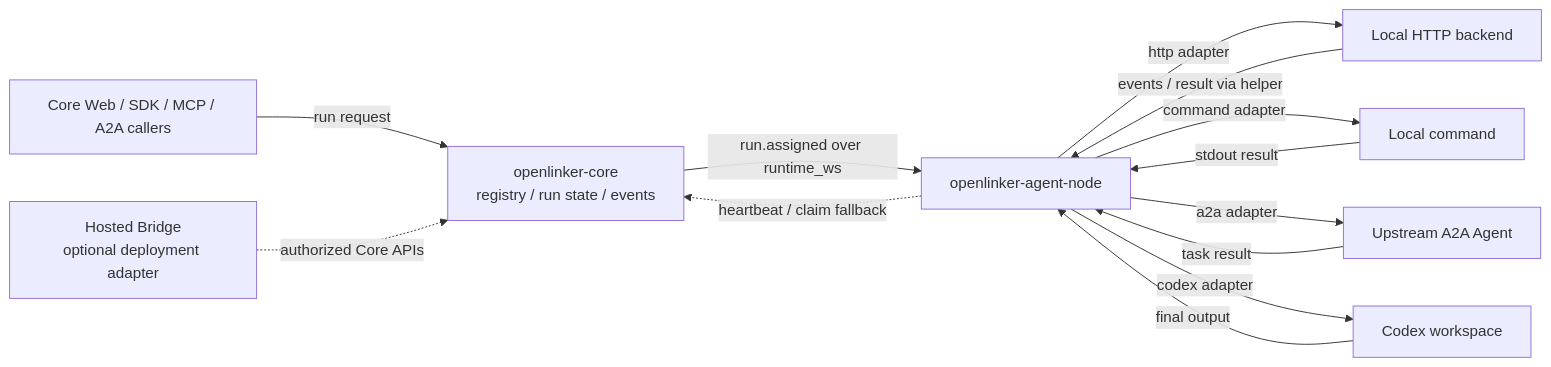
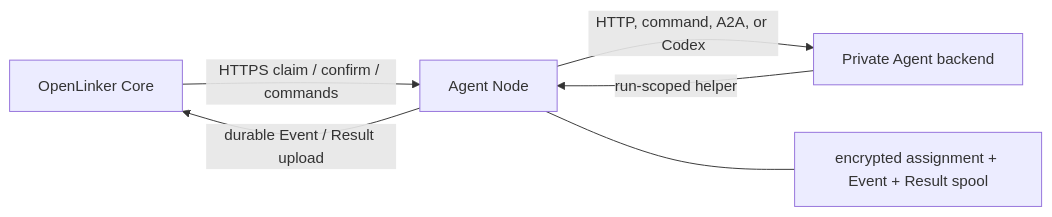
The diagram in README.md (OpenLinker-ai/openlinker-agent-node), drawn with Mermaid before and after one commit. The commit also changed other lines of this file and 85 other files, not shown here.

Commit message:
feat(runtime): cut over agent node to reliable HTTP v2

````diff
--- a/README.md
+++ b/README.md
@@ -38,17 +39,8 @@
 ```mermaid
 flowchart LR
-  Callers["Core Web / SDK / MCP / A2A callers"] -->|"run request"| Core["openlinker-core<br/>registry / run state / events"]
-  HostedBridge["Hosted Bridge<br/>optional deployment adapter"] -.->|"authorized Core APIs"| Core
-
-  Core -->|"run.assigned over runtime_ws"| AgentNode["openlinker-agent-node"]
-  AgentNode -.->|"heartbeat / claim fallback"| Core
-  AgentNode -->|"http adapter"| HTTPBackend["Local HTTP backend"]
-  AgentNode -->|"command adapter"| CommandBackend["Local command"]
-  AgentNode -->|"a2a adapter"| A2ABackend["Upstream A2A Agent"]
-  AgentNode -->|"codex adapter"| CodexBackend["Codex workspace"]
-
-  HTTPBackend -->|"events / result via helper"| AgentNode
-  CommandBackend -->|"stdout result"| AgentNode
-  A2ABackend -->|"task result"| AgentNode
-  CodexBackend -->|"final output"| AgentNode
+  Core["OpenLinker Core"] -->|"HTTPS claim / confirm / commands"| Node["Agent Node"]
+  Node -->|"HTTP, command, A2A, or Codex"| Backend["Private Agent backend"]
+  Backend -->|"run-scoped helper"| Node
+  Node -->|"durable Event / Result upload"| Core
+  Node --- Store["encrypted assignment + Event + Result spool"]
 ```
````
